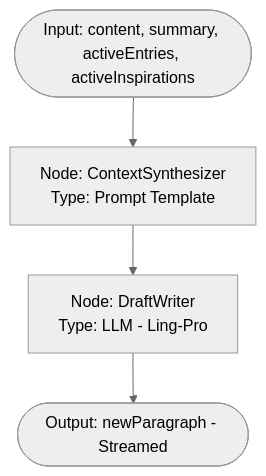
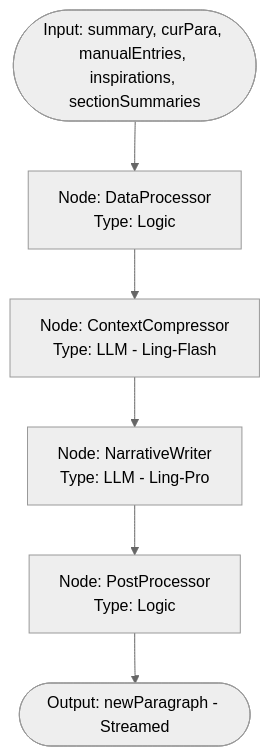
One commit to cafe3310/ling-open-studio changed the second of 5 diagrams in docs/2026-02-14-21-30-架构设计-ModelWrite智能体流程与模型选型.md. Above: the diagram before and after it, drawn with Mermaid (neutral theme). The commit also changed other lines of this file, not shown here.

Commit message:
docs(write): update Model Write architecture document with refined agent processes and model selection criteria

````diff
--- a/docs/2026-02-14-21-30-架构设计-ModelWrite智能体流程与模型选型.md
+++ b/docs/2026-02-14-21-30-架构设计-ModelWrite智能体流程与模型选型.md
@@ -78,8 +81,12 @@
 ```mermaid
 graph TD
-    Input([Input: content, summary, activeEntries, activeInspirations]) --> Synthesizer[Node: ContextSynthesizer
-Type: Prompt Template]
-    Synthesizer --> Writer[Node: DraftWriter
+    Input([Input: summary, curPara, manualEntries, inspirations, sectionSummaries]) --> Processor[Node: DataProcessor
+Type: Logic]
+    Processor --> Summarizer[Node: ContextCompressor
+Type: LLM - Ling-Flash]
+    Summarizer --> Writer[Node: NarrativeWriter
 Type: LLM - Ling-Pro]
-    Writer --> Output([Output: newParagraph - Streamed])
+    Writer --> Filter[Node: PostProcessor
+Type: Logic]
+    Filter --> Output([Output: newParagraph - Streamed])
 ```
````
